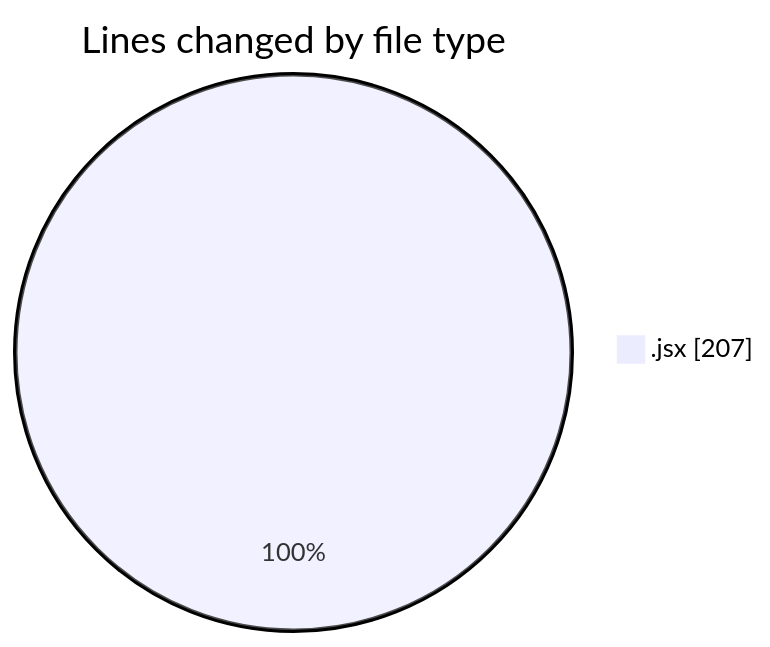
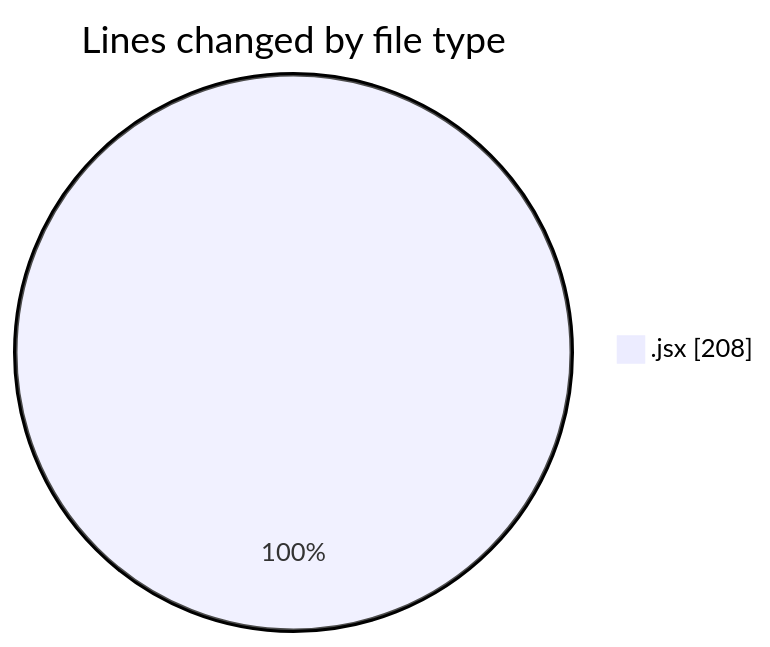
Before and after one commit to momahboobian/code-tracking: the first of 2 diagrams in 2026-02-10/cda/README.md, drawn with Mermaid. The commit also changed other lines of this file and 1 other file, not shown here.

````diff
--- a/2026-02-10/cda/README.md
+++ b/2026-02-10/cda/README.md
@@ -21,5 +21,5 @@
 ```mermaid
 pie showData
 title Lines changed by file type
-".jsx" : 207
+".jsx" : 208
 ```
````
